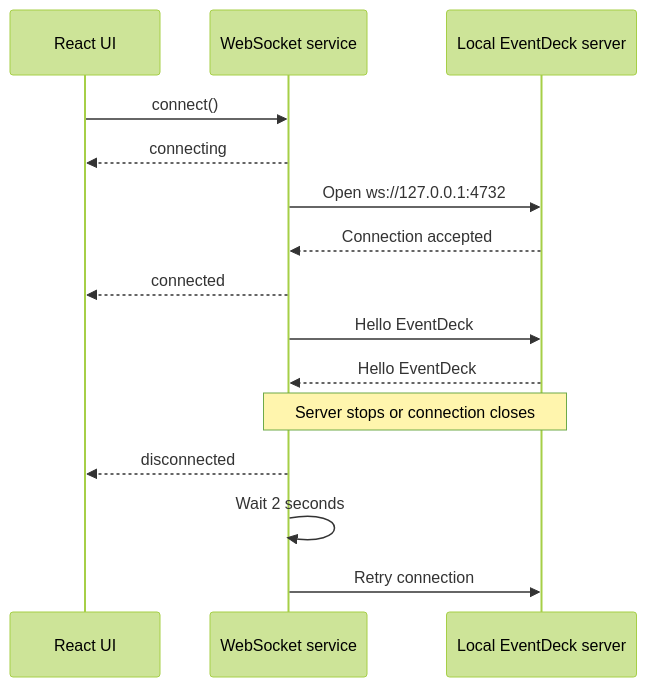
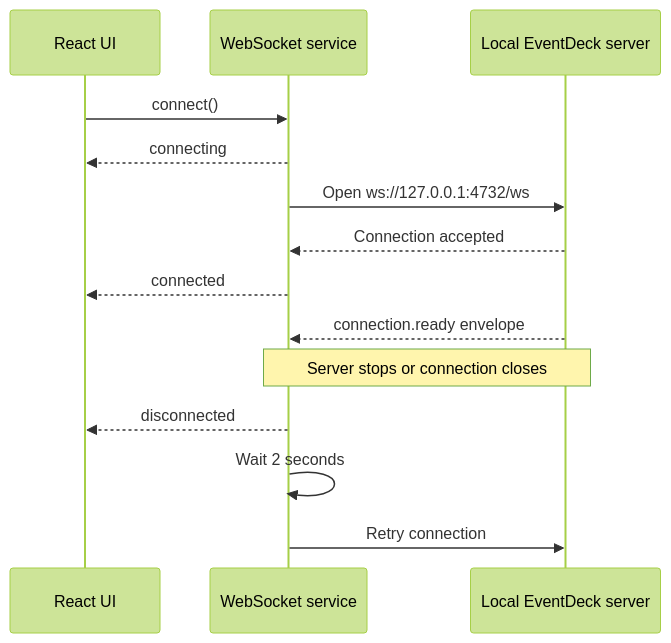
One commit to manishsharma130/eventdeck changed the fourth of 5 diagrams in docs/architecture.md. Above: the diagram before and after it, drawn with Mermaid (forest theme). The commit also changed other lines of this file and 39 other files, not shown here.

Commit message:
chore: set up EventDeck server foundation with WebSocket support and local development configuration

````diff
--- a/docs/architecture.md
+++ b/docs/architecture.md
@@ -108,19 +111,18 @@
 ```mermaid
 sequenceDiagram
     participant UI as React UI
     participant Client as WebSocket service
     participant Server as Local EventDeck server
 
     UI->>Client: connect()
     Client-->>UI: connecting
-    Client->>Server: Open ws://127.0.0.1:4732
+    Client->>Server: Open ws://127.0.0.1:4732/ws
     Server-->>Client: Connection accepted
     Client-->>UI: connected
-    Client->>Server: Hello EventDeck
-    Server-->>Client: Hello EventDeck
+    Server-->>Client: connection.ready envelope
 
     Note over Client,Server: Server stops or connection closes
     Client-->>UI: disconnected
     Client->>Client: Wait 2 seconds
     Client->>Server: Retry connection
 ```
````
